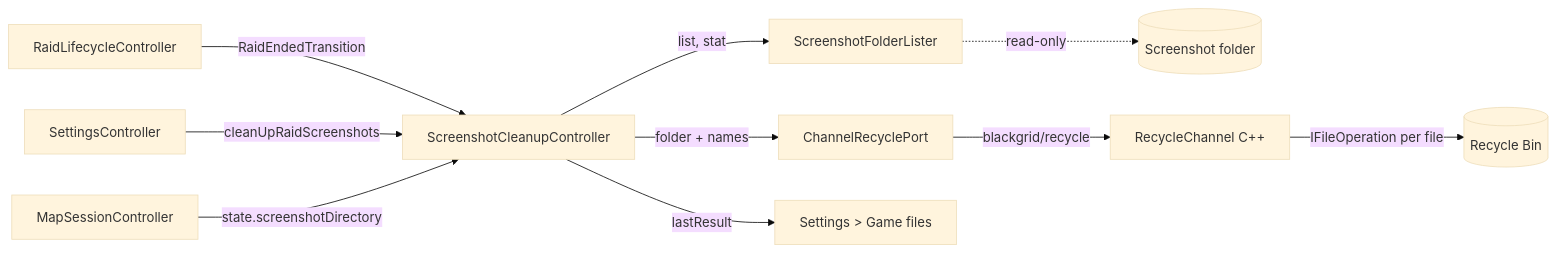
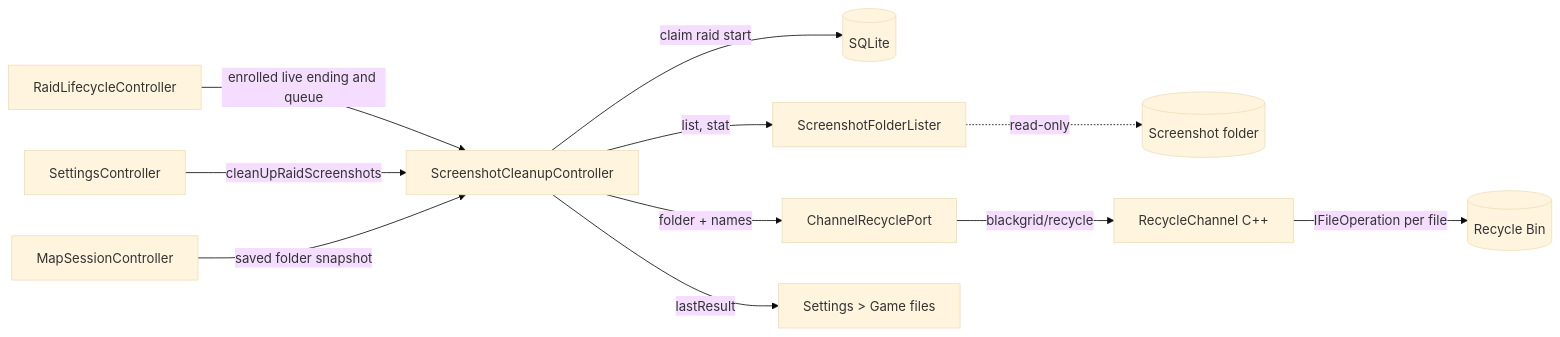
One commit to sh1ny/blackgrid changed the first of 3 diagrams in openspec/changes/add-screenshot-cleanup/design.md. Above: the diagram before and after it, drawn with Mermaid (base theme). The commit also changed other lines of this file and 6 other files, not shown here.

First line of the commit message:
feat(add-screenshot-cleanup): amend specs

````diff
--- a/openspec/changes/add-screenshot-cleanup/design.md
+++ b/openspec/changes/add-screenshot-cleanup/design.md
@@ -122,12 +126,13 @@
 ```mermaid
 flowchart LR
-  Life[RaidLifecycleController] -- RaidEndedTransition --> Clean[ScreenshotCleanupController]
+  Life[RaidLifecycleController] -- enrolled live ending and queue --> Clean[ScreenshotCleanupController]
   Settings[SettingsController] -- cleanUpRaidScreenshots --> Clean
-  Session[MapSessionController] -- state.screenshotDirectory --> Clean
+  Session[MapSessionController] -- saved folder snapshot --> Clean
+  Clean -- claim raid start --> DB[(SQLite)]
   Clean -- list, stat --> Lister[ScreenshotFolderLister]
   Lister -. read-only .-> Folder[(Screenshot folder)]
   Clean -- folder + names --> Port[ChannelRecyclePort]
   Port -- blackgrid/recycle --> Runner[RecycleChannel C++]
   Runner -- IFileOperation per file --> Bin[(Recycle Bin)]
   Clean -- lastResult --> UI[Settings > Game files]
 ```
````
